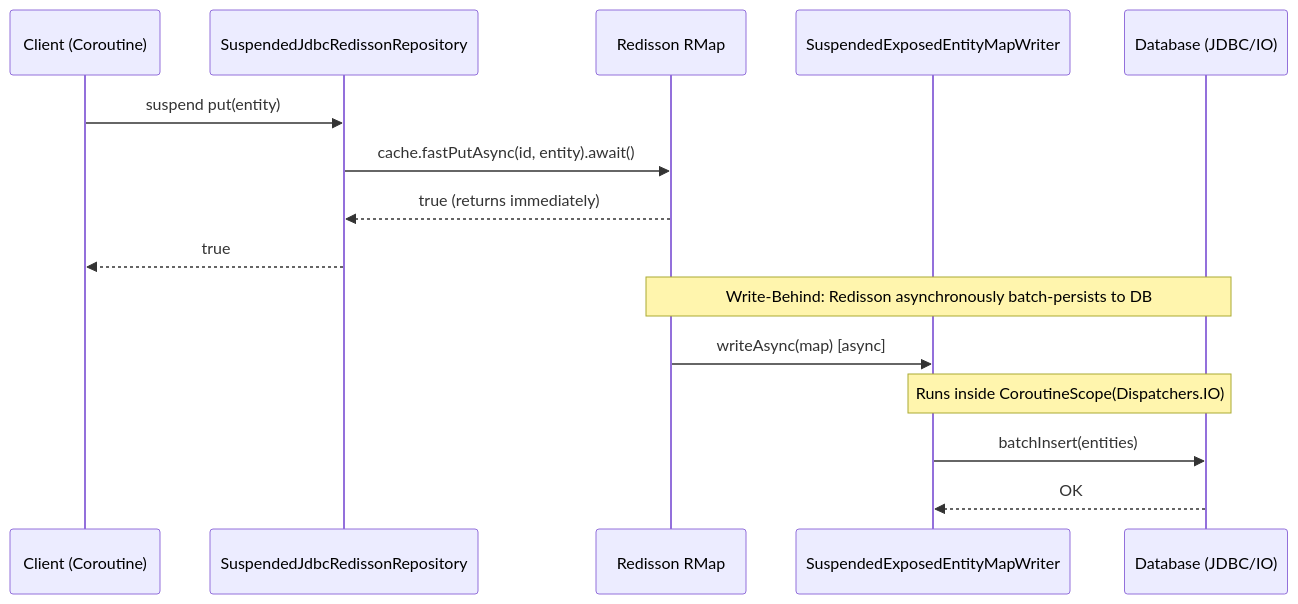
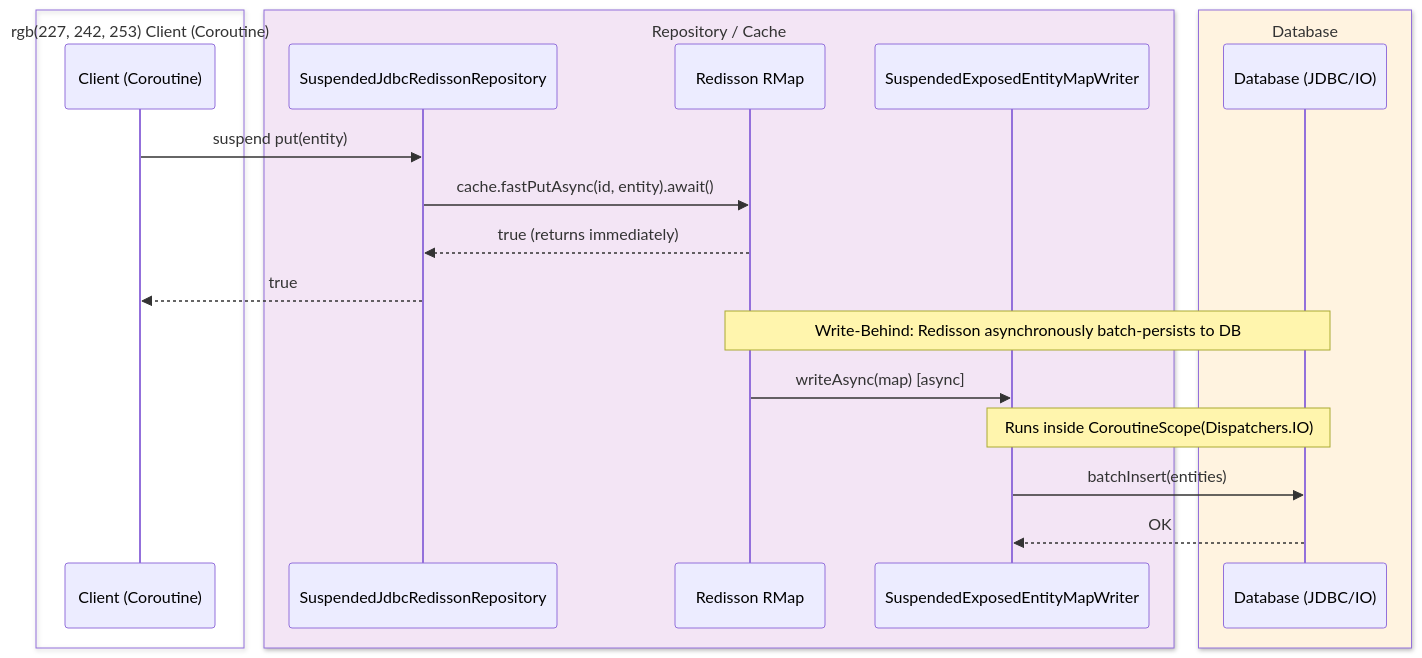
The seventh of 7 diagrams in data/exposed-jdbc-redisson/README.md (bluetape4k/bluetape4k-projects), drawn with Mermaid before and after one commit. The commit also changed other lines of this file and 221 other files, not shown here.

First line of the commit message:
docs: 전체 모듈 README UML 다이어그램 보강 및 색상 업그레이드

````diff
--- a/data/exposed-jdbc-redisson/README.md
+++ b/data/exposed-jdbc-redisson/README.md
@@ -529,19 +576,25 @@
 ```mermaid
 sequenceDiagram
-    participant Client as Client (Coroutine)
-    participant Repo as SuspendedJdbcRedissonRepository
-    participant RMap as Redisson RMap
-    participant Writer as SuspendedExposedEntityMapWriter
-    participant DB as Database (JDBC/IO)
+    box rgb(227, 242, 253) Client (Coroutine)
+        participant Client as Client (Coroutine)
+    end
+    box rgb(243, 229, 245) Repository / Cache
+        participant Repo as SuspendedJdbcRedissonRepository
+        participant RMap as Redisson RMap
+        participant Writer as SuspendedExposedEntityMapWriter
+    end
+    box rgb(255, 243, 224) Database
+        participant DB as Database (JDBC/IO)
+    end
 
     Client->>Repo: suspend put(entity)
     Repo->>RMap: cache.fastPutAsync(id, entity).await()
     RMap-->>Repo: true (returns immediately)
     Repo-->>Client: true
 
     Note over RMap,DB: Write-Behind: Redisson asynchronously batch-persists to DB
     RMap->>Writer: writeAsync(map) [async]
     Note over Writer,DB: Runs inside CoroutineScope(Dispatchers.IO)
     Writer->>DB: batchInsert(entities)
     DB-->>Writer: OK
 ```
````
